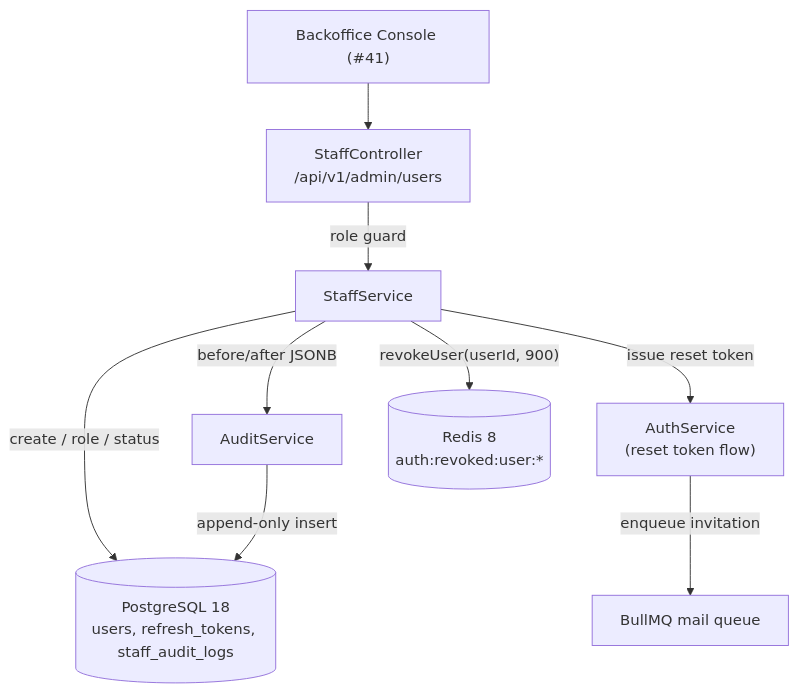
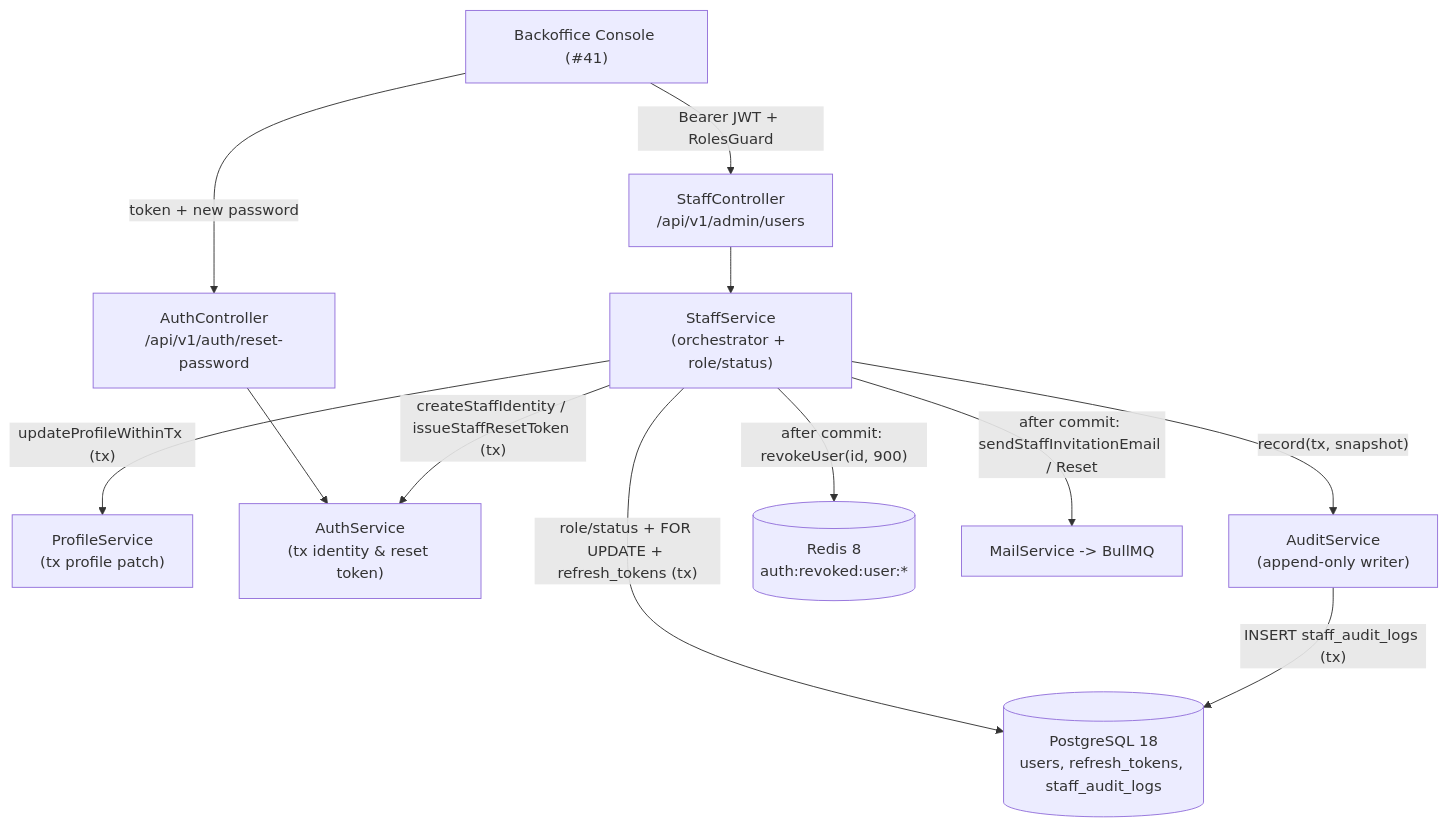
One commit to DuongDevv/greenroots-farm changed the first of 5 diagrams in docs/design/staff-rbac-and-session-revocation-formal-spec.md. Above: the diagram before and after it, drawn with Mermaid. The commit also changed other lines of this file and 3 other files, not shown here.

````diff
--- a/docs/design/staff-rbac-and-session-revocation-formal-spec.md
+++ b/docs/design/staff-rbac-and-session-revocation-formal-spec.md
@@ -37,20 +40,25 @@
 ```mermaid
 graph TD
     BO["Backoffice Console (#41)"]
     Ctrl["StaffController<br/>/api/v1/admin/users"]
-    Svc["StaffService"]
-    Auth["AuthService<br/>(reset token flow)"]
-    Audit["AuditService"]
+    AuthCtrl["AuthController<br/>/api/v1/auth/reset-password"]
+    Svc["StaffService<br/>(orchestrator + role/status)"]
+    Prof["ProfileService<br/>(tx profile patch)"]
+    Auth["AuthService<br/>(tx identity & reset token)"]
+    Audit["AuditService<br/>(append-only writer)"]
     DB[("PostgreSQL 18<br/>users, refresh_tokens, staff_audit_logs")]
     Redis[("Redis 8<br/>auth:revoked:user:*")]
-    Mail["BullMQ mail queue"]
+    Mail["MailService -> BullMQ"]
 
-    BO --> Ctrl
-    Ctrl -->|"role guard"| Svc
-    Svc -->|"create / role / status"| DB
-    Svc -->|"issue reset token"| Auth
-    Auth -->|"enqueue invitation"| Mail
-    Svc -->|"before/after JSONB"| Audit
-    Audit -->|"append-only insert"| DB
-    Svc -->|"revokeUser(userId, 900)"| Redis
+    BO -->|"Bearer JWT + RolesGuard"| Ctrl
+    BO -->|"token + new password"| AuthCtrl
+    Ctrl --> Svc
+    AuthCtrl --> Auth
+    Svc -->|"createStaffIdentity / issueStaffResetToken (tx)"| Auth
+    Svc -->|"updateProfileWithinTx (tx)"| Prof
+    Svc -->|"role/status + FOR UPDATE + refresh_tokens (tx)"| DB
+    Svc -->|"record(tx, snapshot)"| Audit
+    Audit -->|"INSERT staff_audit_logs (tx)"| DB
+    Svc -->|"after commit: revokeUser(id, 900)"| Redis
+    Svc -->|"after commit: sendStaffInvitationEmail / Reset"| Mail
 ```
````
